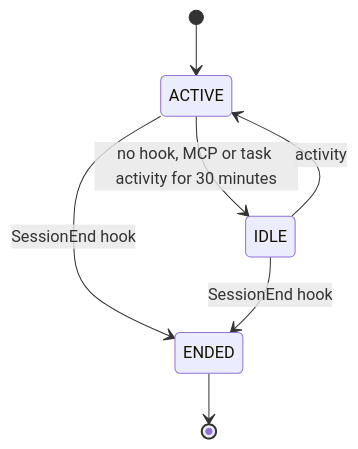
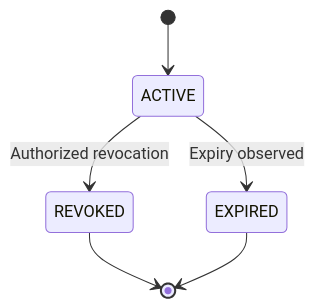
One commit to ArcForges/ArcForges-Design changed the third of 6 diagrams in docs/state-machines/README.md. Above: the diagram before and after it, drawn with Mermaid. The commit also changed other lines of this file and 204 other files, not shown here.

````diff
--- a/docs/state-machines/README.md
+++ b/docs/state-machines/README.md
@@ -454,9 +98,8 @@
 ```mermaid
 stateDiagram-v2
   [*] --> ACTIVE
-  ACTIVE --> IDLE : no hook, MCP or task activity for 30 minutes
-  IDLE --> ACTIVE : activity
-  ACTIVE --> ENDED : SessionEnd hook
-  IDLE --> ENDED : SessionEnd hook
-  ENDED --> [*]
+  ACTIVE --> REVOKED : Authorized revocation
+  ACTIVE --> EXPIRED : Expiry observed
+  REVOKED --> [*]
+  EXPIRED --> [*]
 ```
````
